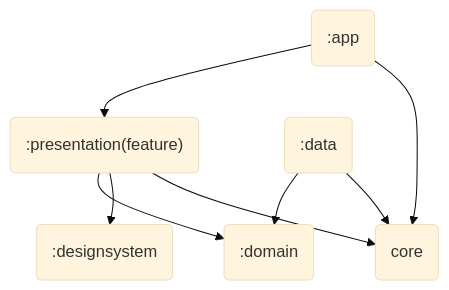
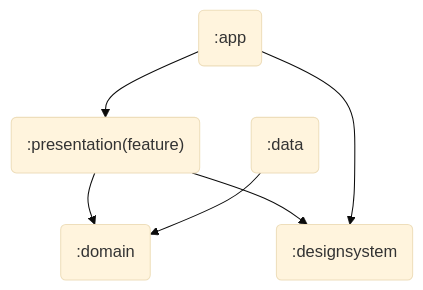
Before and after one commit to Turnin-Dev/turnin-android: the first of 2 diagrams in README.md, drawn with Mermaid (base theme). The commit also changed other lines of this file, not shown here.

````diff
--- a/README.md
+++ b/README.md
@@ -82,10 +83,8 @@
 ```mermaid
 flowchart TD
     ap(:app) --> pr(":presentation(feature)")
     pr --> do(:domain)
     da(:data) --> do
     pr --> de(:designsystem)
-    ap --> co(core)
-    pr --> co
-    da --> co
+    ap --> de
 ```
````
